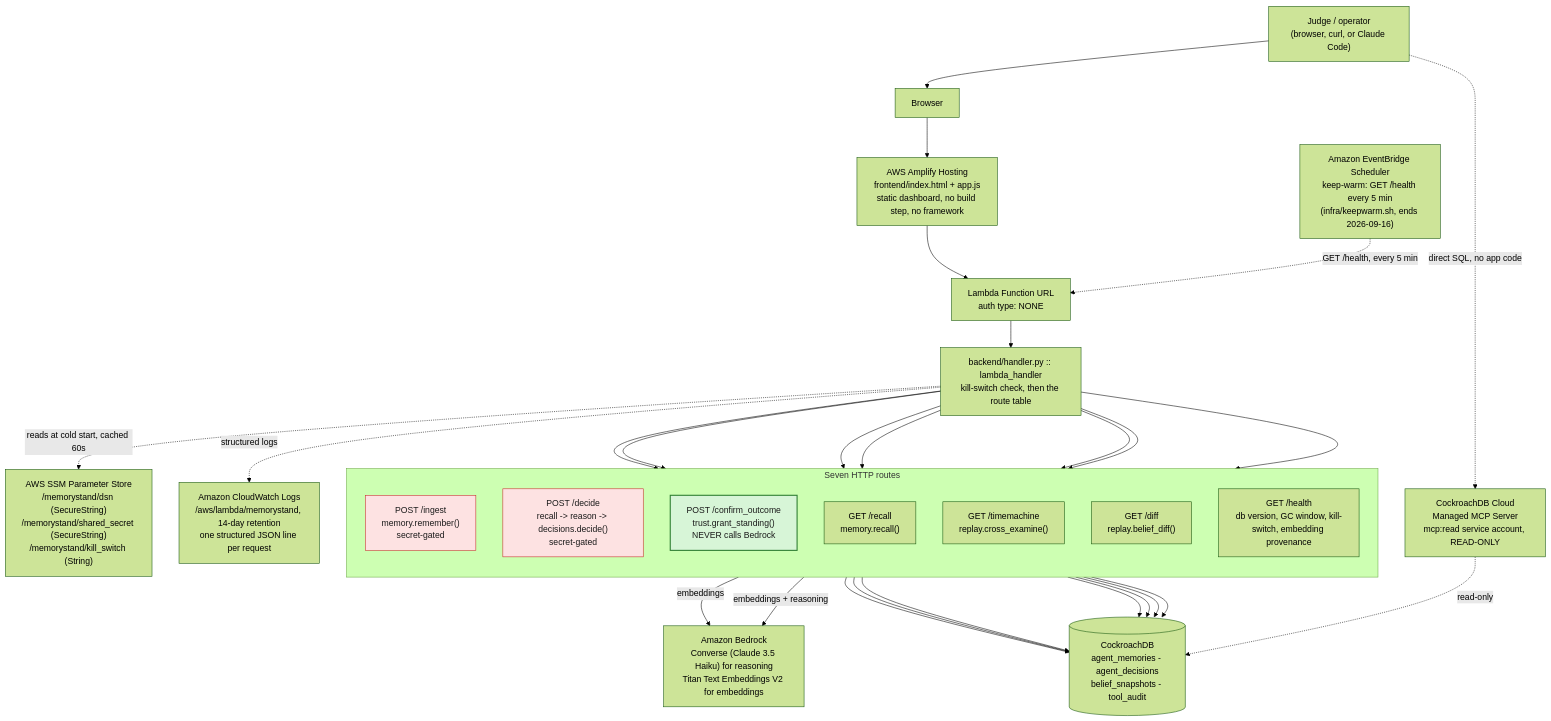
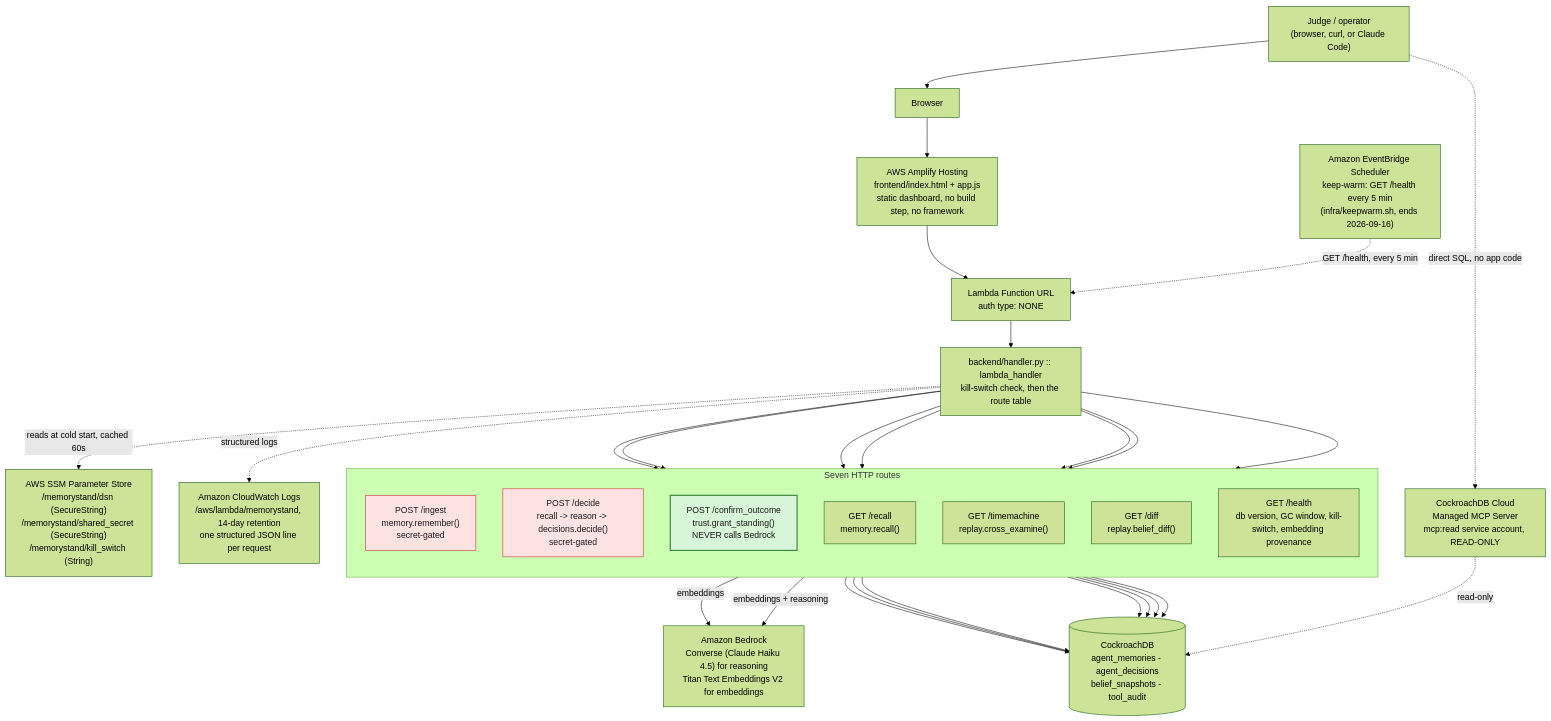
One commit to tomyimkc/memorystand changed the first of 2 diagrams in ARCHITECTURE.md. Above: the diagram before and after it, drawn with Mermaid (forest theme). The commit also changed 3 other files, not shown here.

````diff
--- a/ARCHITECTURE.md
+++ b/ARCHITECTURE.md
@@ -9,52 +9,52 @@
 ```mermaid
 flowchart TB
     Judge["Judge / operator<br/>(browser, curl, or Claude Code)"]
     Browser["Browser"]
     Amplify["AWS Amplify Hosting<br/>frontend/index.html + app.js<br/>static dashboard, no build step, no framework"]
     FnURL["Lambda Function URL<br/>auth type: NONE"]
     Handler["backend/handler.py :: lambda_handler<br/>kill-switch check, then the route table"]
 
     subgraph Routes["Seven HTTP routes"]
         direction TB
         Ingest["POST /ingest<br/>memory.remember()<br/>secret-gated"]
         Decide["POST /decide<br/>recall -> reason -> decisions.decide()<br/>secret-gated"]
         Confirm["POST /confirm_outcome<br/>trust.grant_standing()<br/>NEVER calls Bedrock"]
         Recall["GET /recall<br/>memory.recall()"]
         TimeMachine["GET /timemachine<br/>replay.cross_examine()"]
         Diff["GET /diff<br/>replay.belief_diff()"]
         Health["GET /health<br/>db version, GC window, kill-switch, embedding provenance"]
     end
 
-    Bedrock["Amazon Bedrock<br/>Converse (Claude 3.5 Haiku) for reasoning<br/>Titan Text Embeddings V2 for embeddings"]
+    Bedrock["Amazon Bedrock<br/>Converse (Claude Haiku 4.5) for reasoning<br/>Titan Text Embeddings V2 for embeddings"]
     CRDB[("CockroachDB<br/>agent_memories - agent_decisions<br/>belief_snapshots - tool_audit")]
     SSM["AWS SSM Parameter Store<br/>/memorystand/dsn (SecureString)<br/>/memorystand/shared_secret (SecureString)<br/>/memorystand/kill_switch (String)"]
     CW["Amazon CloudWatch Logs<br/>/aws/lambda/memorystand, 14-day retention<br/>one structured JSON line per request"]
     EB["Amazon EventBridge Scheduler<br/>keep-warm: GET /health every 5 min<br/>(infra/keepwarm.sh, ends 2026-09-16)"]
     MCP["CockroachDB Cloud<br/>Managed MCP Server<br/>mcp:read service account, READ-ONLY"]
 
     Judge --> Browser --> Amplify --> FnURL --> Handler
     Handler --> Ingest & Decide & Confirm & Recall & TimeMachine & Diff & Health
 
     Ingest -- embeddings --> Bedrock
     Decide -- "embeddings + reasoning" --> Bedrock
 
     Ingest --> CRDB
     Decide --> CRDB
     Confirm --> CRDB
     Recall --> CRDB
     TimeMachine --> CRDB
     Diff --> CRDB
     Health --> CRDB
 
     Handler -. "reads at cold start, cached 60s" .-> SSM
     Handler -. "structured logs" .-> CW
     EB -. "GET /health, every 5 min" .-> FnURL
 
     Judge -. "direct SQL, no app code" .-> MCP
     MCP -. "read-only" .-> CRDB
 
     classDef modelFree fill:#d7f5d7,stroke:#2e7d32,stroke-width:2px,color:#1b1b1b
     classDef bedrockTouching fill:#fde2e2,stroke:#c62828,stroke-width:1px,color:#1b1b1b
     class Confirm modelFree
     class Ingest,Decide bedrockTouching
 ```
````
